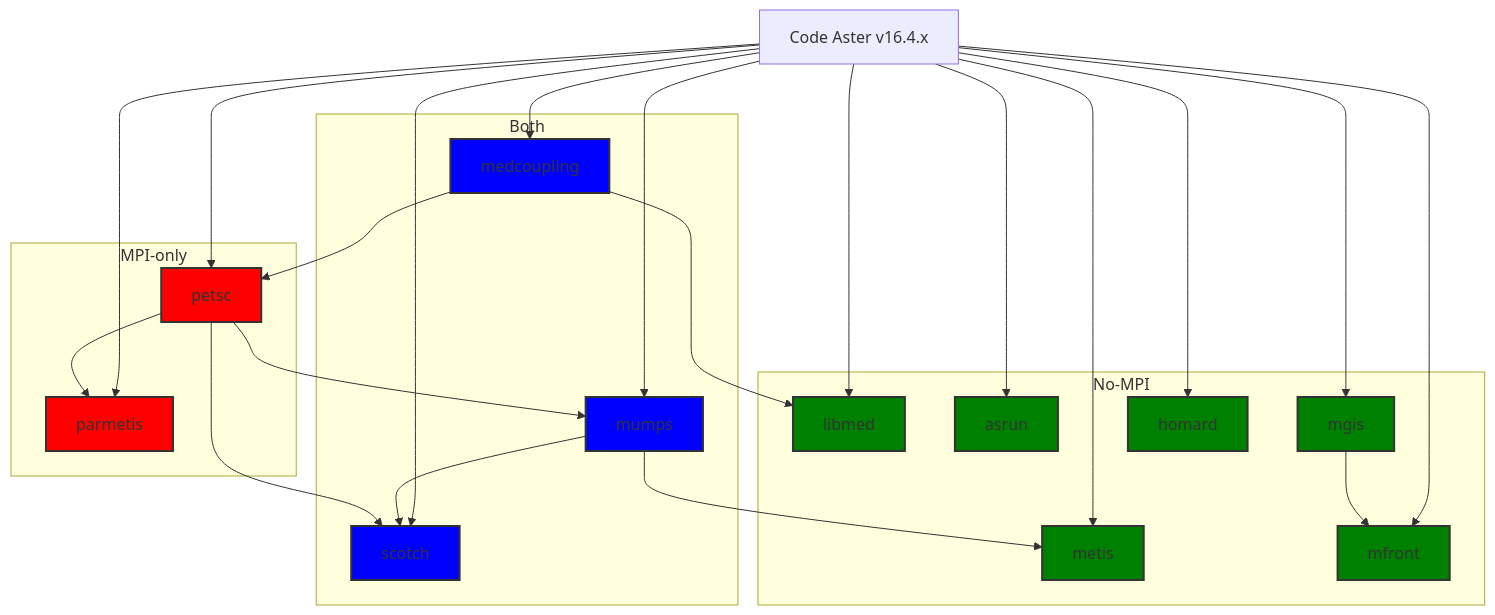
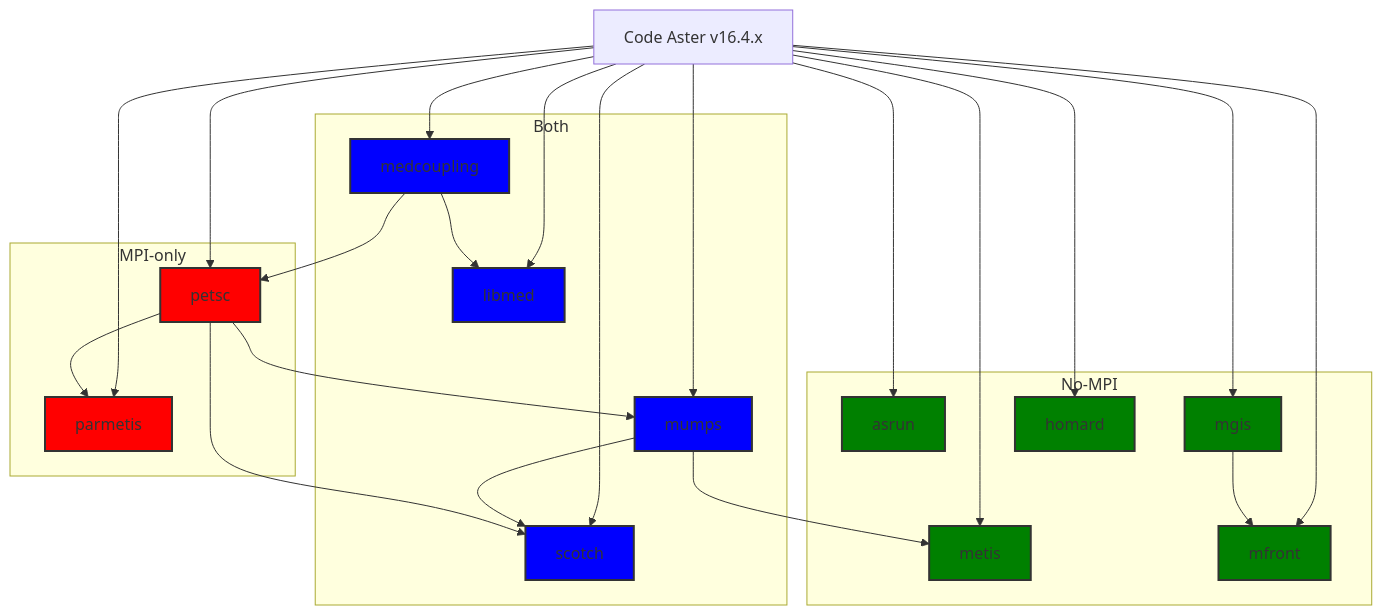
The second of 2 diagrams in src/code_aster/README.md (Krande/condapackaging), drawn with Mermaid before and after one commit. The commit also changed other lines of this file and 4 other files, not shown here.

Commit message:
compile libmed in openmpi and nompi variants

`````diff
--- a/src/code_aster/README.md
+++ b/src/code_aster/README.md
@@ -97,62 +97,62 @@
 ````mermaid
 
 flowchart TD;
   
   classDef mpi fill:#f00,stroke:#333,stroke-width:2px;
   classDef nompi fill:#008000,stroke:#333,stroke-width:2px;
   classDef both fill:#00f,stroke:#333,stroke-width:2px;
 
   subgraph "No-MPI"
-    C[libmed]
     F[asrun]
     I[mgis]
     G[metis]
     B[mfront]
     J[homard]
   end
 
   subgraph "MPI-only"   
     L[parmetis]
     K[petsc]
   end
   
   subgraph "Both"
+    C[libmed]
     D[scotch]
     H[mumps]
     E[medcoupling]
   end
 
   A[Code Aster v16.4.x]
   
   A --> B
   A --> C
   A --> D
   A --> E
   A --> F
   A --> G
   A --> H
   A --> I
   A --> J
   A --> K
   A --> L
   
   I --> B
   H --> G
   H --> D
   E --> C
   E --> K
   K --> L
   K --> D
   K --> H
 
   %% MPI Nodes
   class K,L mpi;
   
   %% NOMPI Nodes
-  class B,C,F,I,J,G nompi;
+  class B,F,I,J,G nompi;
 
   %% Both MPI and NOMPI
-  class D,H,E both;
+  class D,C,H,E both;
 
 
 ````
`````
